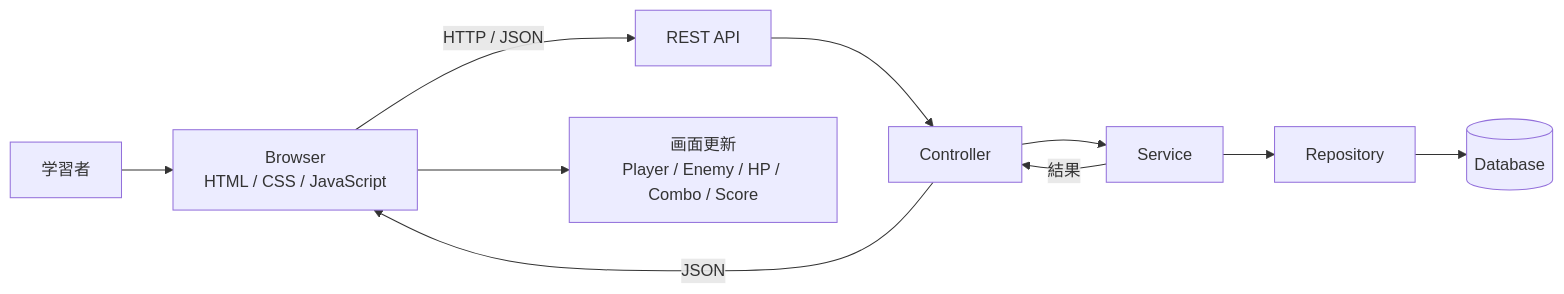
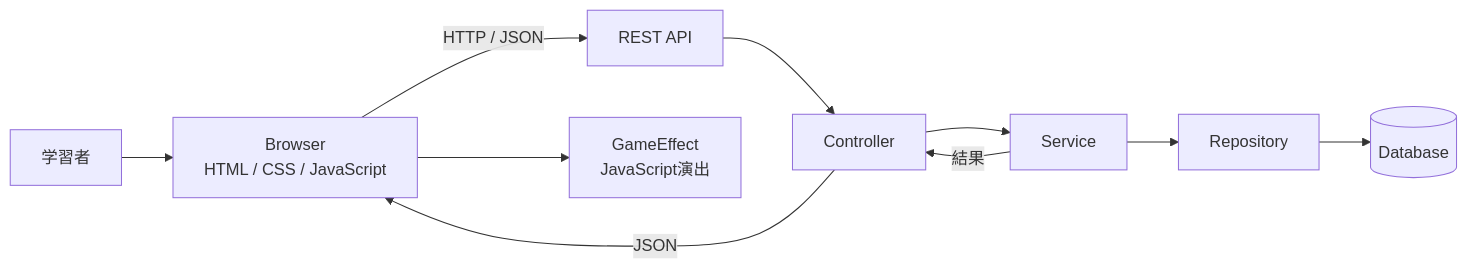
Diagram 15 of 30 in README.md (suu-dev-0203/graduation_JAVAgame), drawn with Mermaid before and after one commit. The commit also changed other lines of this file, not shown here.

````diff
--- a/README.md
+++ b/README.md
@@ -426,21 +570,21 @@
 ```mermaid
 flowchart LR
     U[学習者]
     F[Browser<br/>HTML / CSS / JavaScript]
     API[REST API]
     C[Controller]
     S[Service]
     R[Repository]
     DB[(Database)]
-    UI[画面更新<br/>Player / Enemy / HP / Combo / Score]
+    FX[GameEffect<br/>JavaScript演出]
 
     U --> F
     F -->|HTTP / JSON| API
     API --> C
     C --> S
     S --> R
     R --> DB
     S -->|結果| C
     C -->|JSON| F
-    F --> UI
+    F --> FX
 ```
````
